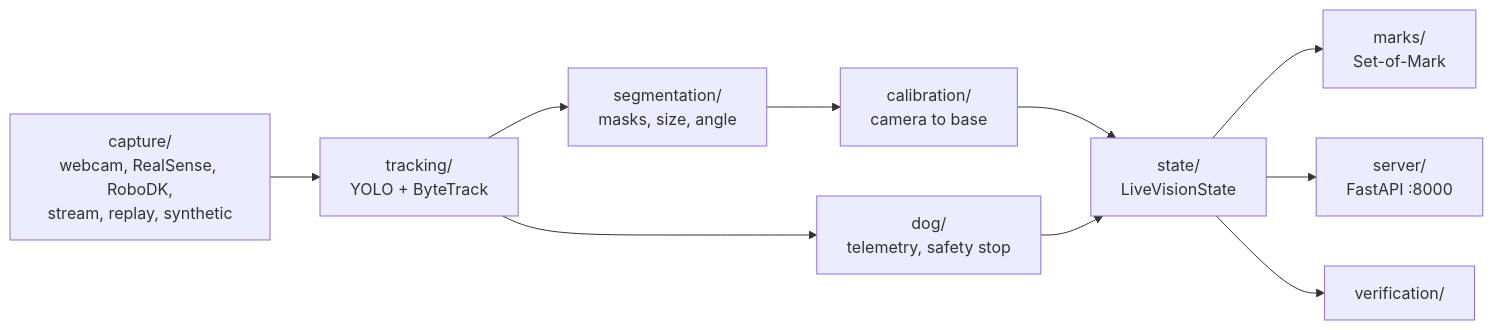
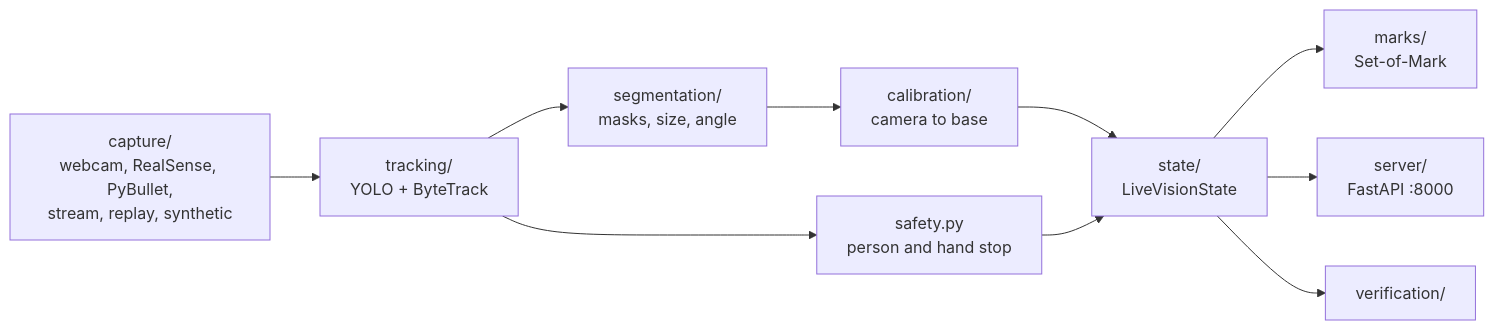
Before and after one commit to sirwinstontea/MOTIQ: the diagram in computer-vision/vision/eyes/README.md, drawn with Mermaid. The commit also changed other lines of this file and 189 other files, not shown here.

````diff
--- a/computer-vision/vision/eyes/README.md
+++ b/computer-vision/vision/eyes/README.md
@@ -5,12 +5,12 @@
 ```mermaid
 flowchart LR
-    cap["capture/<br/>webcam, RealSense, RoboDK,<br/>stream, replay, synthetic"] --> track["tracking/<br/>YOLO + ByteTrack"]
+    cap["capture/<br/>webcam, RealSense, PyBullet,<br/>stream, replay, synthetic"] --> track["tracking/<br/>YOLO + ByteTrack"]
     track --> seg["segmentation/<br/>masks, size, angle"]
     seg --> cal["calibration/<br/>camera to base"]
     cal --> state["state/<br/>LiveVisionState"]
     state --> marks["marks/<br/>Set-of-Mark"]
     state --> server["server/<br/>FastAPI :8000"]
     state --> ver["verification/"]
-    track --> dog["dog/<br/>telemetry, safety stop"]
-    dog --> state
+    track --> safety["safety.py<br/>person and hand stop"]
+    safety --> state
 ```
````
